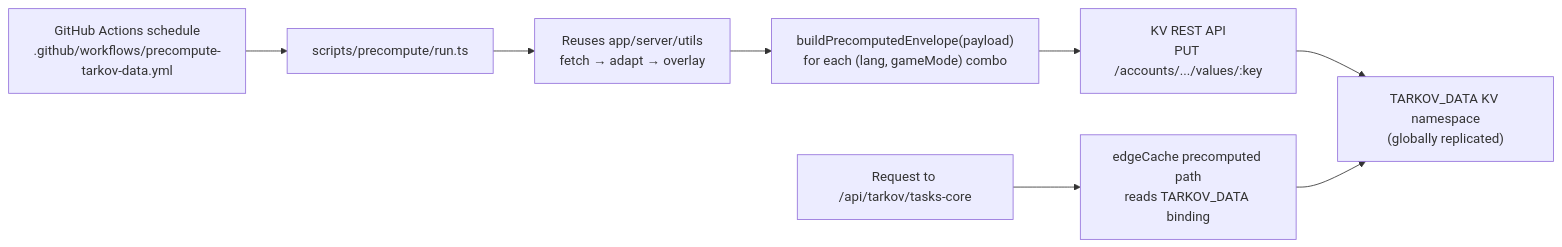
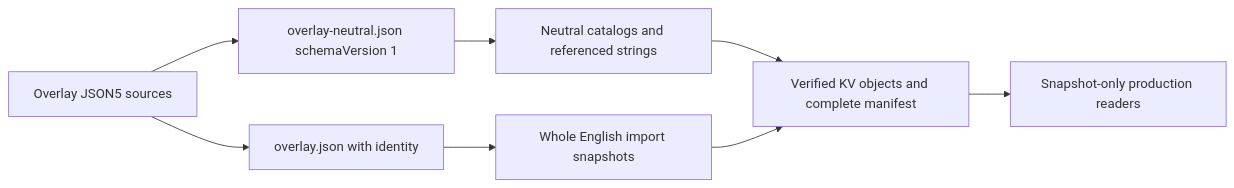
Before and after one commit to tarkovtracker-org/TarkovTracker: the diagram in docs/systems/overlay-and-precompute.md, drawn with Mermaid. The commit also changed other lines of this file and 77 other files, not shown here.

Commit message:
feat: load one game strings table per language (#1503)

````diff
--- a/docs/systems/overlay-and-precompute.md
+++ b/docs/systems/overlay-and-precompute.md
@@ -330,10 +76,10 @@
 ```mermaid
 flowchart LR
-    Schedule["GitHub Actions schedule<br/>.github/workflows/precompute-tarkov-data.yml"] --> Run["scripts/precompute/run.ts"]
-    Run --> Pipeline["Reuses app/server/utils<br/>fetch → adapt → overlay"]
-    Pipeline --> Envelopes["buildPrecomputedEnvelope(payload)<br/>for each (lang, gameMode) combo"]
-    Envelopes --> KV["KV REST API<br/>PUT /accounts/.../values/:key"]
-    KV --> Namespace["TARKOV_DATA KV namespace<br/>(globally replicated)"]
-    Request["Request to /api/tarkov/tasks-core"] --> ReadKV["edgeCache precomputed path<br/>reads TARKOV_DATA binding"]
-    ReadKV --> Namespace
+    Source["Overlay JSON5 sources"] --> Legacy["overlay.json with identity"]
+    Source --> Neutral["overlay-neutral.json schemaVersion 1"]
+    Neutral --> Builder["Neutral catalogs and referenced strings"]
+    Legacy --> Imports["Whole English import snapshots"]
+    Builder --> KV["Verified KV objects and complete manifest"]
+    Imports --> KV
+    KV --> Reader["Snapshot-only production readers"]
 ```
````
